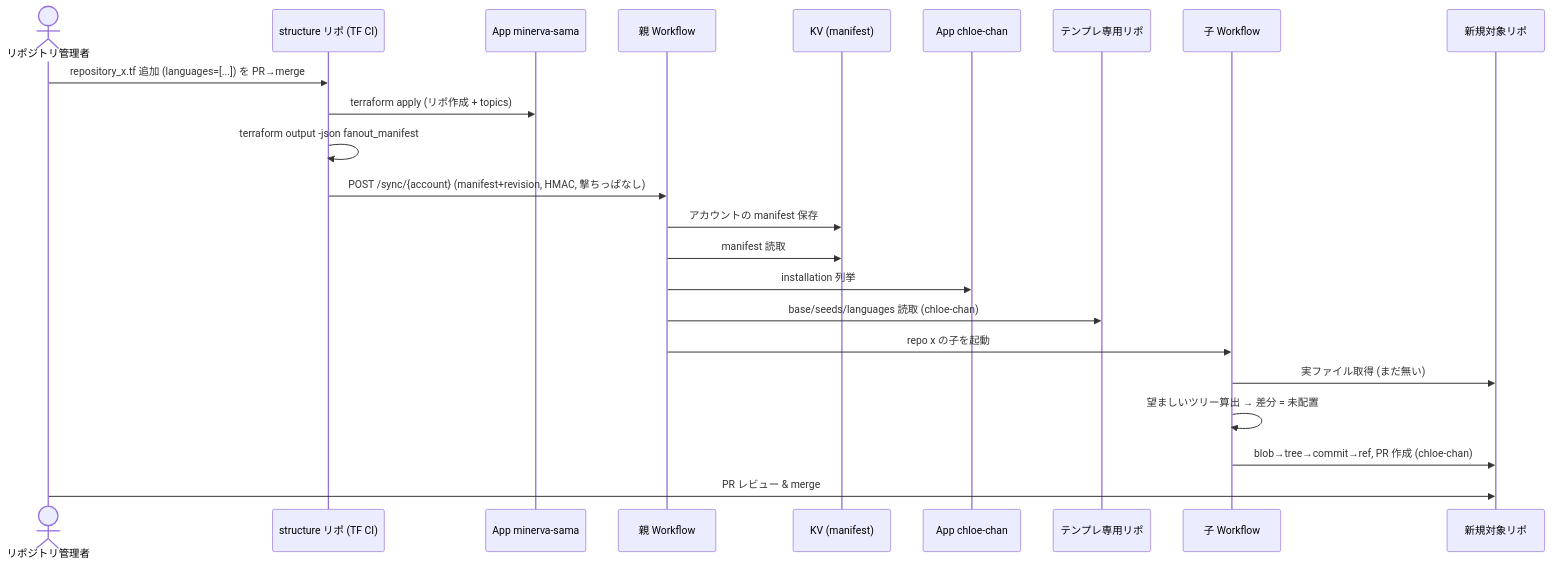
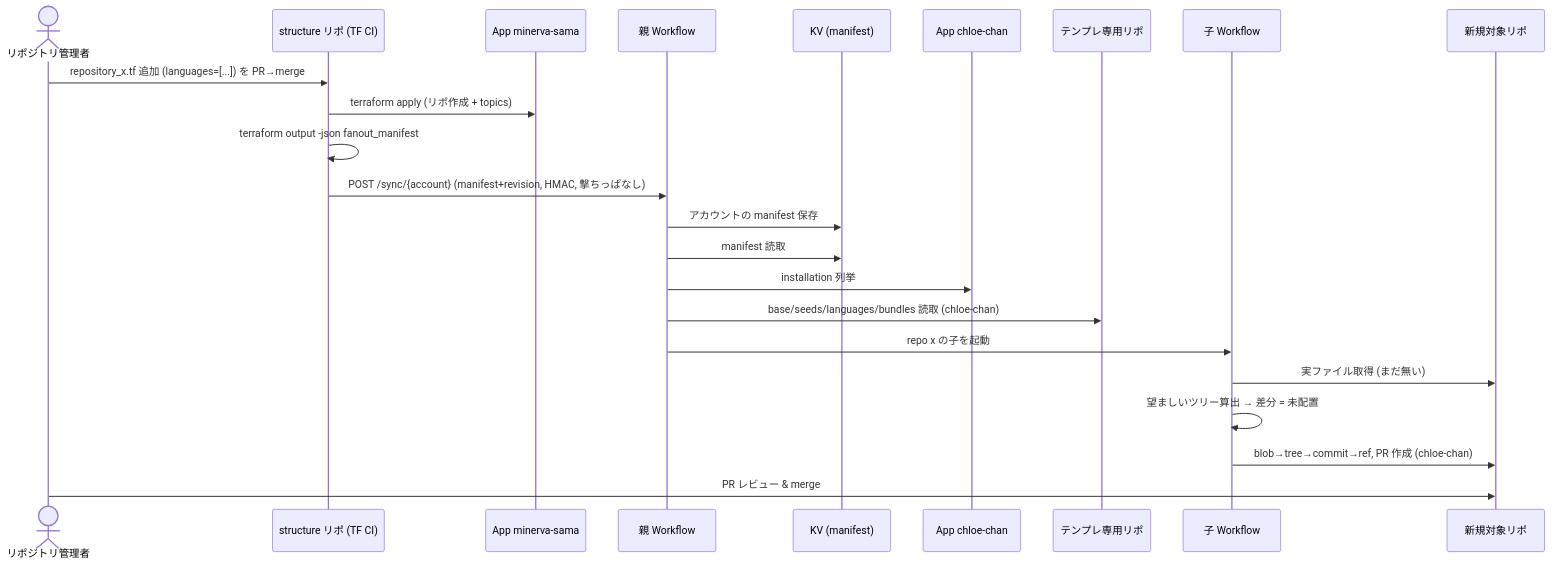
Before and after one commit to bright-room/repository-fanout: the third of 6 diagrams in docs/superpowers/specs/2026-06-26-repository-fanout-design.md, drawn with Mermaid. The commit also changed other lines of this file and 2 other files, not shown here.

````diff
--- a/docs/superpowers/specs/2026-06-26-repository-fanout-design.md
+++ b/docs/superpowers/specs/2026-06-26-repository-fanout-design.md
@@ -475,26 +475,26 @@
 ```mermaid
 sequenceDiagram
   actor M as リポジトリ管理者
   participant SR as structure リポ (TF CI)
   participant MIN as App minerva-sama
   participant P as 親 Workflow
   participant KV as KV (manifest)
   participant CHL as App chloe-chan
   participant TR as テンプレ専用リポ
   participant C as 子 Workflow
   participant Repo as 新規対象リポ
 
   M->>SR: repository_x.tf 追加 (languages=[...]) を PR→merge
   SR->>MIN: terraform apply (リポ作成 + topics)
   SR->>SR: terraform output -json fanout_manifest
   SR->>P: POST /sync/{account} (manifest+revision, HMAC, 撃ちっぱなし)
   P->>KV: アカウントの manifest 保存
   P->>KV: manifest 読取
   P->>CHL: installation 列挙
-  P->>TR: base/seeds/languages 読取 (chloe-chan)
+  P->>TR: base/seeds/languages/bundles 読取 (chloe-chan)
   P->>C: repo x の子を起動
   C->>Repo: 実ファイル取得 (まだ無い)
   C->>C: 望ましいツリー算出 → 差分 = 未配置
   C->>Repo: blob→tree→commit→ref, PR 作成 (chloe-chan)
   M->>Repo: PR レビュー & merge
 ```
````
